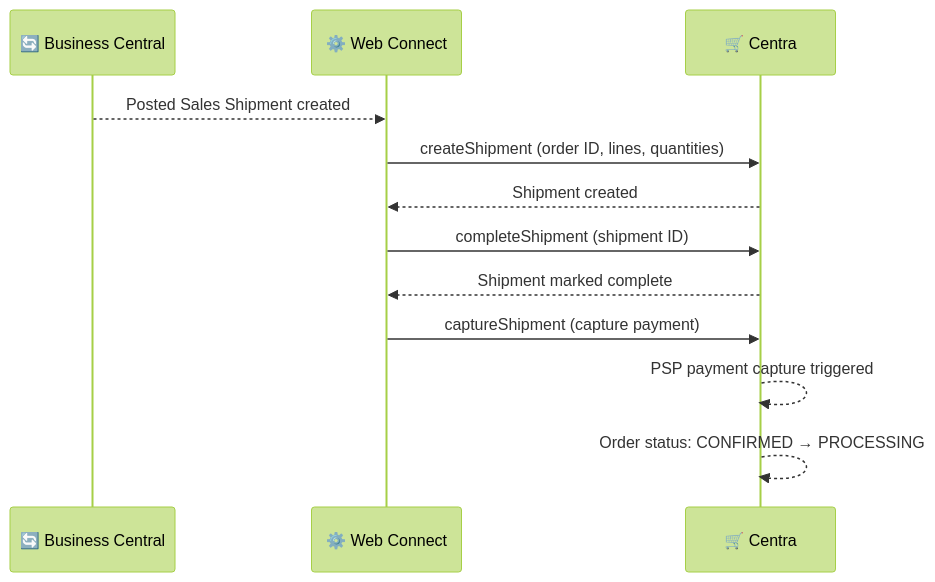
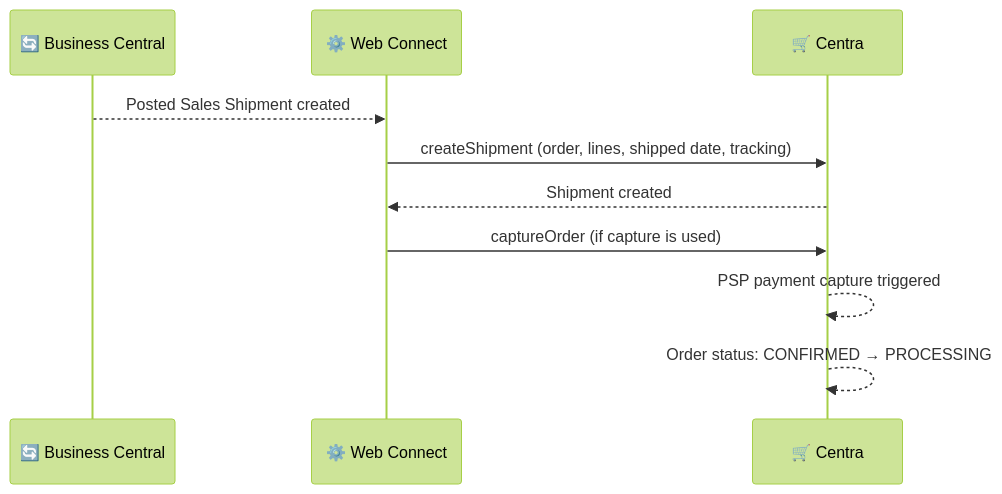
One commit to Combine-IT-ab/docs-general changed the diagram in docs/products/web-connect/integrations/centra/flows/shipment.md. Above: the diagram before and after it, drawn with Mermaid (forest theme). The commit also changed other lines of this file and 2 other files, not shown here.

````diff
--- a/docs/products/web-connect/integrations/centra/flows/shipment.md
+++ b/docs/products/web-connect/integrations/centra/flows/shipment.md
@@ -47,15 +46,13 @@
 ```mermaid
 sequenceDiagram
     participant BC as 🔄 Business Central
     participant WC as ⚙️ Web Connect
     participant CE as 🛒 Centra
 
     BC-->>WC: Posted Sales Shipment created
-    WC->>CE: createShipment (order ID, lines, quantities)
+    WC->>CE: createShipment (order, lines, shipped date, tracking)
     CE-->>WC: Shipment created
-    WC->>CE: completeShipment (shipment ID)
-    CE-->>WC: Shipment marked complete
-    WC->>CE: captureShipment (capture payment)
+    WC->>CE: captureOrder (if capture is used)
     CE-->>CE: PSP payment capture triggered
     CE-->>CE: Order status: CONFIRMED → PROCESSING
 ```
````
